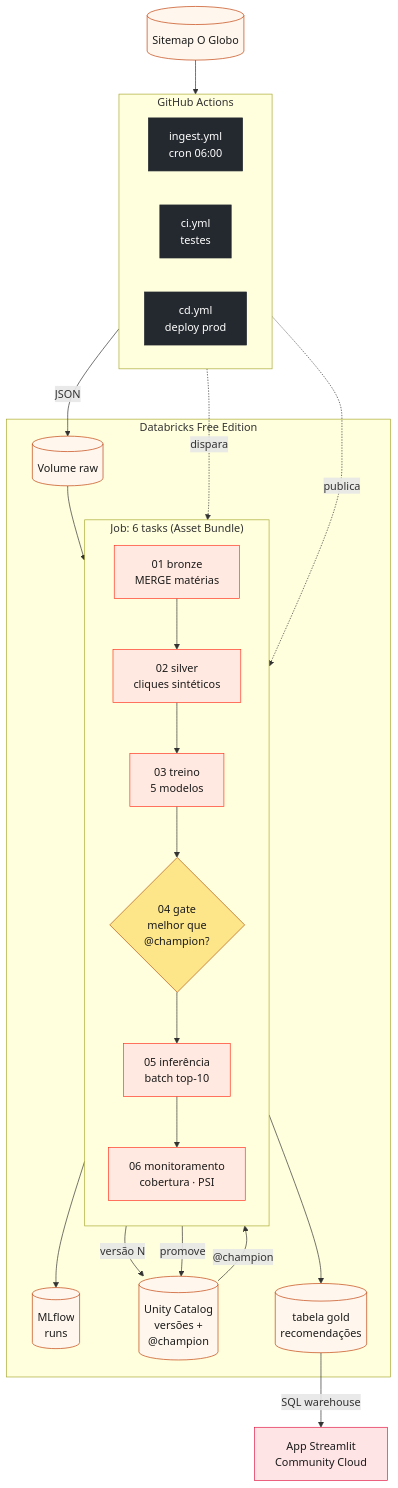
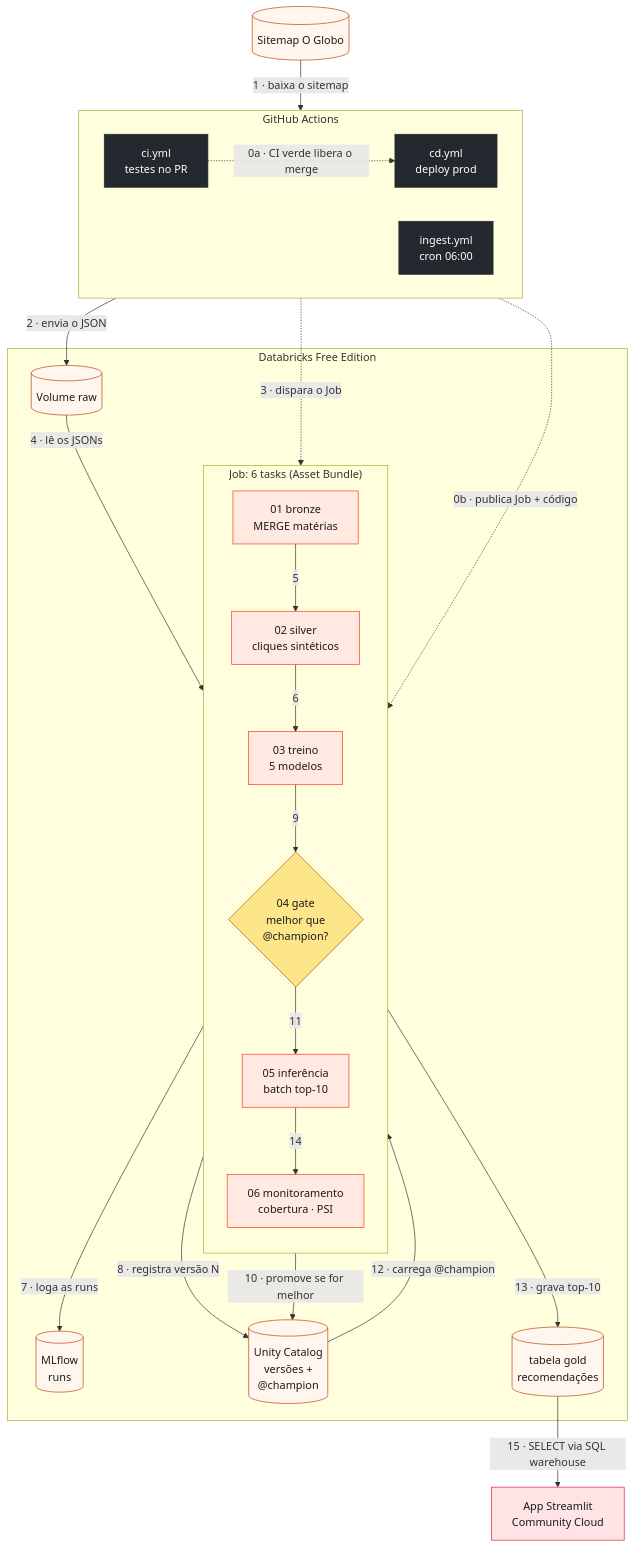
Before and after one commit to will3g/news-recsys-databricks: the first of 4 diagrams in docs/ARQUITETURA_MERMAID.md, drawn with Mermaid. The commit also changed other lines of this file, not shown here.

Commit message:
docs: numera as setas dos diagramas e adiciona passo a passo

````diff
--- a/docs/ARQUITETURA_MERMAID.md
+++ b/docs/ARQUITETURA_MERMAID.md
@@ -14,52 +14,61 @@
 ```mermaid
 flowchart TB
     SM[("Sitemap O Globo")]
 
     subgraph GH["GitHub Actions"]
         direction LR
+        CI["ci.yml<br/>testes no PR"]
+        CD["cd.yml<br/>deploy prod"]
         ING["ingest.yml<br/>cron 06:00"]
-        CI["ci.yml<br/>testes"]
-        CD["cd.yml<br/>deploy prod"]
     end
 
     subgraph DBX["Databricks Free Edition"]
         VOL[("Volume raw")]
         subgraph JOB["Job: 6 tasks (Asset Bundle)"]
             direction TB
             T1["01 bronze<br/>MERGE matérias"]
             T2["02 silver<br/>cliques sintéticos"]
             T3["03 treino<br/>5 modelos"]
             T4{"04 gate<br/>melhor que<br/>@champion?"}
             T5["05 inferência<br/>batch top-10"]
             T6["06 monitoramento<br/>cobertura · PSI"]
-            T1 --> T2 --> T3 --> T4 --> T5 --> T6
         end
         MLF[("MLflow<br/>runs")]
         UC[("Unity Catalog<br/>versões +<br/>@champion")]
         GOLD[("tabela gold<br/>recomendações")]
     end
 
     APP["App Streamlit<br/>Community Cloud"]
 
-    SM --> ING
-    ING -- "JSON" --> VOL --> T1
-    ING -. "dispara" .-> JOB
-    CD -. "publica" .-> JOB
-    T3 --> MLF
-    T3 -- "versão N" --> UC
-    T4 -- "promove" --> UC
-    UC -- "@champion" --> T5
-    T5 --> GOLD
-    GOLD -- "SQL warehouse" --> APP
+    %% Passo 0: acontece a cada merge na main, não todo dia
+    CI -. "0a · CI verde libera o merge" .-> CD
+    CD -. "0b · publica Job + código" .-> JOB
+
+    %% Passos 1 a 15: o ciclo diário
+    SM -- "1 · baixa o sitemap" --> ING
+    ING -- "2 · envia o JSON" --> VOL
+    ING -. "3 · dispara o Job" .-> T1
+    VOL -- "4 · lê os JSONs" --> T1
+    T1 -- "5" --> T2
+    T2 -- "6" --> T3
+    T3 -- "7 · loga as runs" --> MLF
+    T3 -- "8 · registra versão N" --> UC
+    T3 -- "9" --> T4
+    T4 -- "10 · promove se for melhor" --> UC
+    T4 -- "11" --> T5
+    UC -- "12 · carrega @champion" --> T5
+    T5 -- "13 · grava top-10" --> GOLD
+    T5 -- "14" --> T6
+    GOLD -- "15 · SELECT via SQL warehouse" --> APP
 
     classDef github fill:#24292f,stroke:#24292f,color:#ffffff
     classDef dbx fill:#ffe9e0,stroke:#ff3621,color:#1b1b1b
     classDef store fill:#fff7ed,stroke:#c2410c,color:#1b1b1b
     classDef app fill:#ffe4e6,stroke:#e11d48,color:#1b1b1b
     classDef gate fill:#fde68a,stroke:#b45309,color:#1b1b1b
     class ING,CI,CD github
     class T1,T2,T3,T5,T6 dbx
     class T4 gate
     class VOL,MLF,UC,GOLD,SM store
     class APP app
 ```
````
